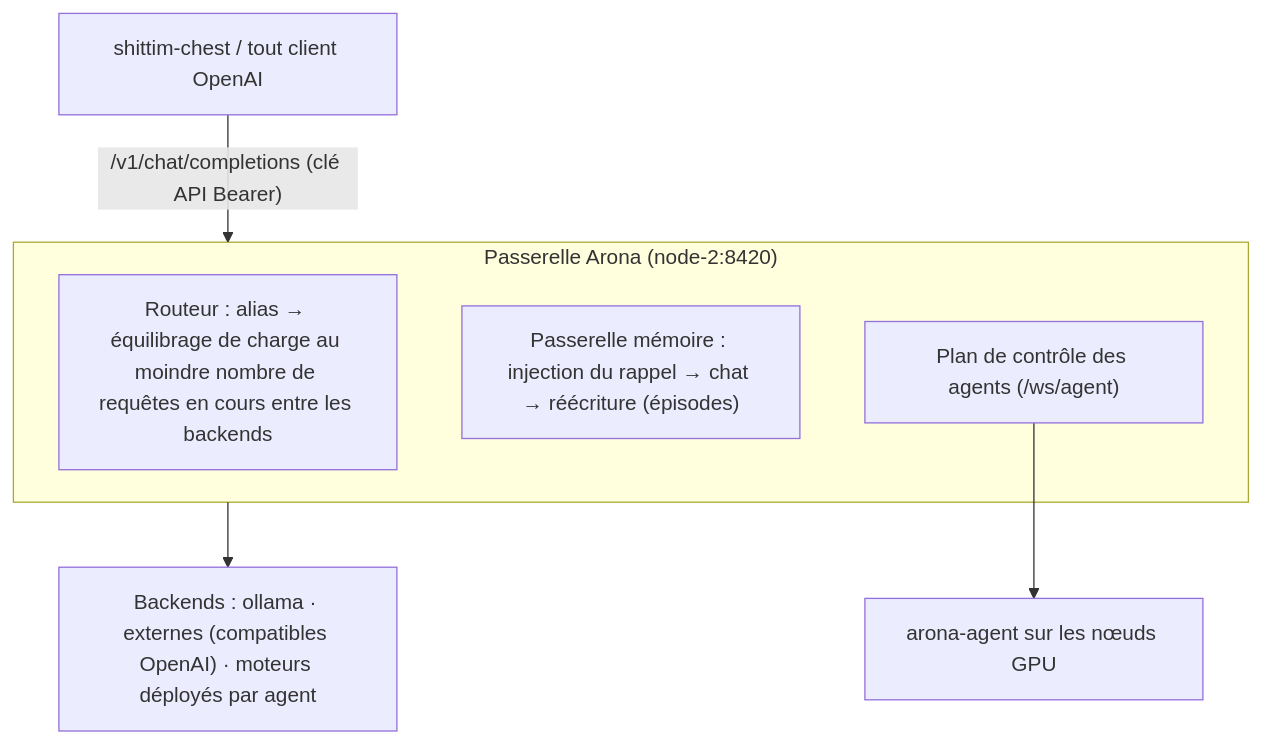
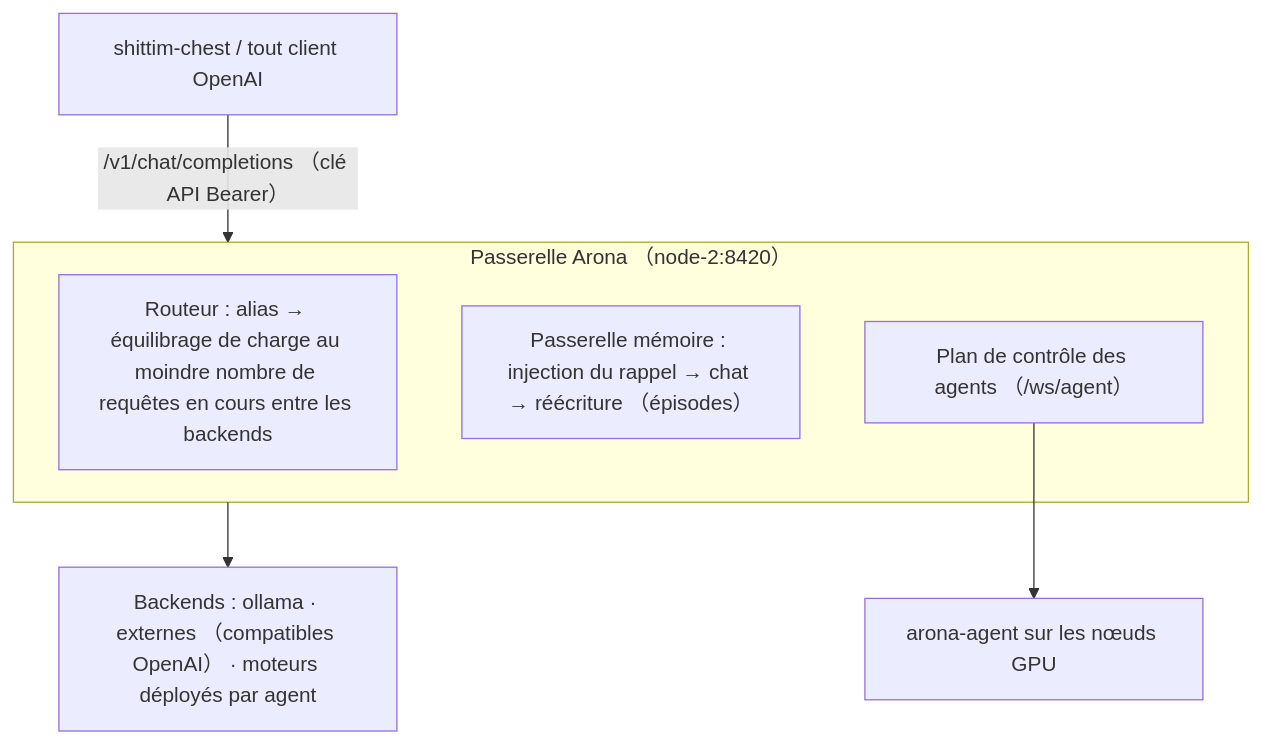
One commit to celestia-island/docs.celestia.world changed the diagram in docs/fr/platforms/arona.md. Above: the diagram before and after it, drawn with Mermaid. The commit also changed 35 other files, not shown here.

First line of the commit message:
📝 Convert ASCII parentheses in mermaid fences to fullwidth across languages. (#96)

````diff
--- a/docs/fr/platforms/arona.md
+++ b/docs/fr/platforms/arona.md
@@ -12,12 +12,12 @@
 ```mermaid
 flowchart TD
     C["shittim-chest / tout client OpenAI"]
-    subgraph G["Passerelle Arona (node-2:8420)"]
+    subgraph G["Passerelle Arona （node-2:8420）"]
         N0["Routeur : alias → équilibrage de charge au moindre nombre de requêtes en cours entre les backends"]
-        N1["Passerelle mémoire : injection du rappel → chat → réécriture (épisodes)"]
-        N2["Plan de contrôle des agents (/ws/agent)"]
+        N1["Passerelle mémoire : injection du rappel → chat → réécriture （épisodes）"]
+        N2["Plan de contrôle des agents （/ws/agent）"]
     end
-    C -->|"/v1/chat/completions (clé API Bearer)"| G
+    C -->|"/v1/chat/completions （clé API Bearer）"| G
     N2 --> T["arona-agent sur les nœuds GPU"]
-    G --> B["Backends : ollama · externes (compatibles OpenAI) · moteurs déployés par agent"]
+    G --> B["Backends : ollama · externes （compatibles OpenAI） · moteurs déployés par agent"]
 ```
````
